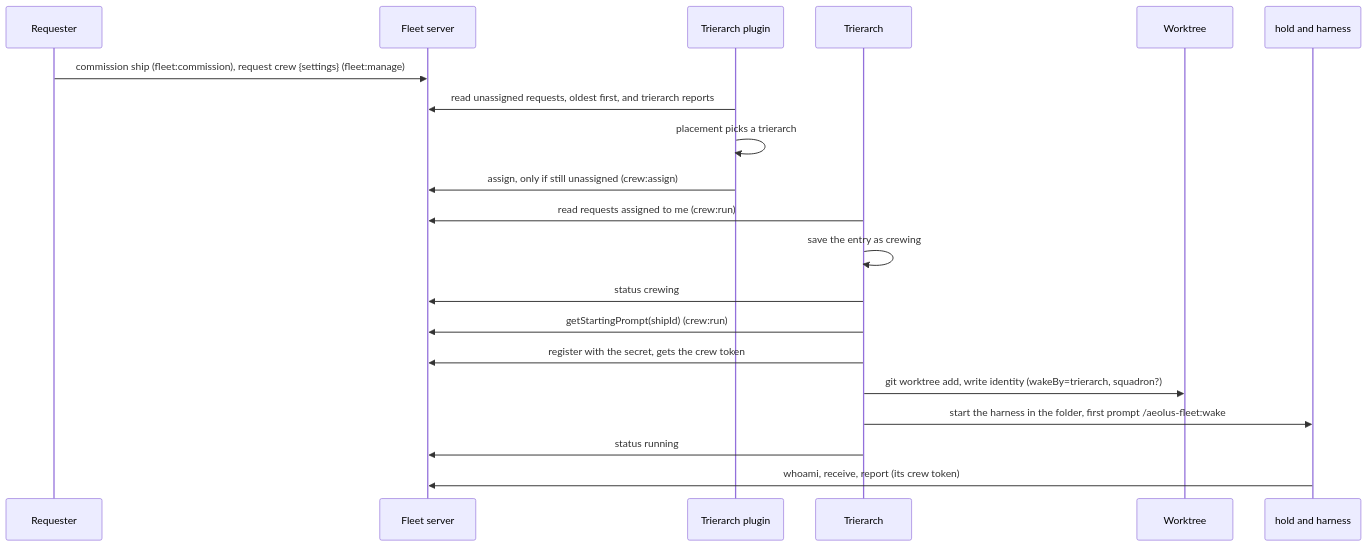
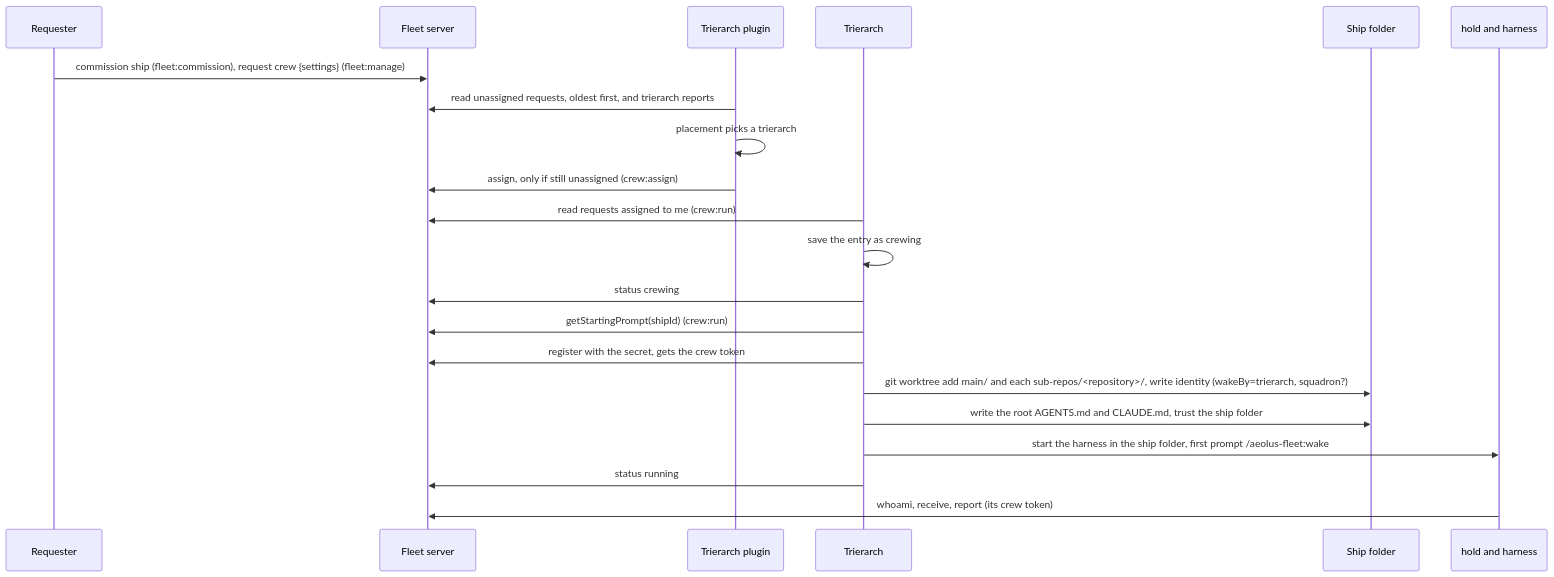
Before and after one commit to ThomasHendrickx/aeolus-fleet-trierarch: the second of 5 diagrams in docs/architecture.md, drawn with Mermaid. The commit also changed other lines of this file and 2 other files, not shown here.

Commit message:
docs: a ship works in its ship folder, main/ and sub-repos/<repository>/, its root files written at every start

````diff
--- a/docs/architecture.md
+++ b/docs/architecture.md
@@ -79,22 +79,23 @@
 ```mermaid
 sequenceDiagram
   participant R as Requester
   participant F as Fleet server
   participant P as Trierarch plugin
   participant T as Trierarch
-  participant W as Worktree
+  participant W as Ship folder
   participant X as hold and harness
   R->>F: commission ship (fleet:commission), request crew {settings} (fleet:manage)
   P->>F: read unassigned requests, oldest first, and trierarch reports
   P->>P: placement picks a trierarch
   P->>F: assign, only if still unassigned (crew:assign)
   T->>F: read requests assigned to me (crew:run)
   T->>T: save the entry as crewing
   T->>F: status crewing
   T->>F: getStartingPrompt(shipId) (crew:run)
   T->>F: register with the secret, gets the crew token
-  T->>W: git worktree add, write identity (wakeBy=trierarch, squadron?)
-  T->>X: start the harness in the folder, first prompt /aeolus-fleet:wake
+  T->>W: git worktree add main/ and each sub-repos/<repository>/, write identity (wakeBy=trierarch, squadron?)
+  T->>W: write the root AGENTS.md and CLAUDE.md, trust the ship folder
+  T->>X: start the harness in the ship folder, first prompt /aeolus-fleet:wake
   T->>F: status running
   X->>F: whoami, receive, report (its crew token)
 ```
````
